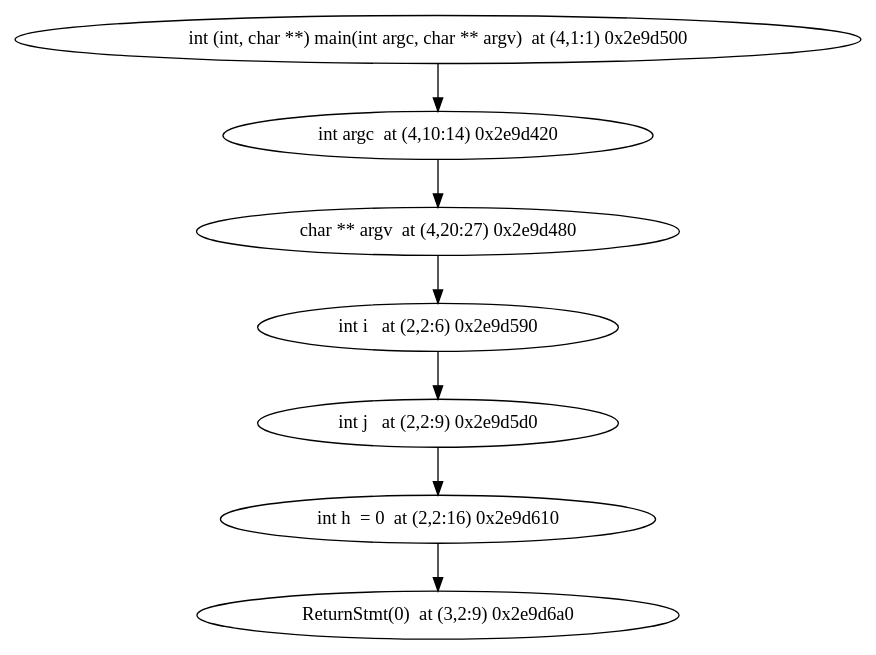
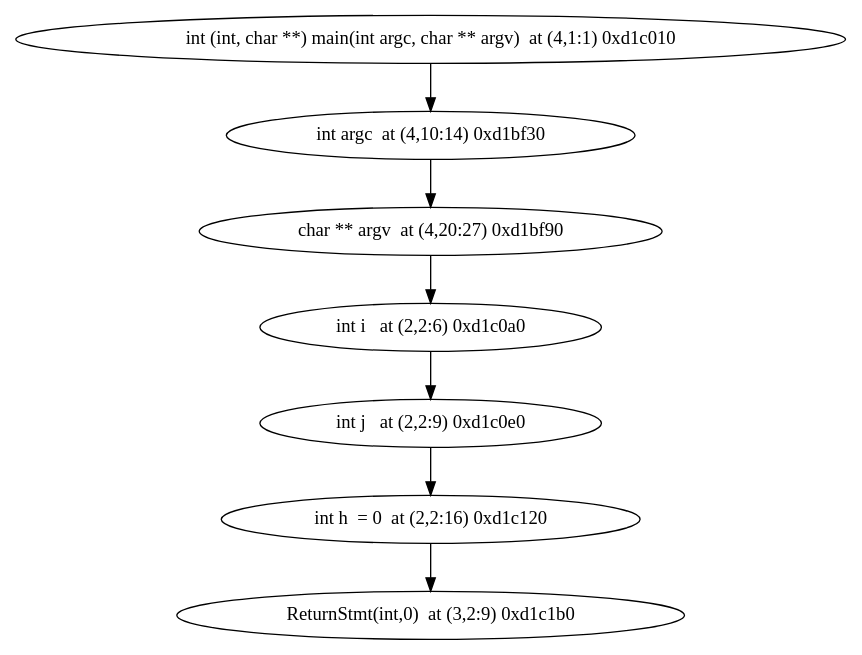
Before and after one commit to jxw1102/Projet-merou: the diagram in ModelChecker/unitary_tests/ast/various/test.dot, drawn with Graphviz. The commit also changed 27 other files, not shown here.

```diff
--- a/ModelChecker/unitary_tests/ast/various/test.dot
+++ b/ModelChecker/unitary_tests/ast/various/test.dot
@@ -1,9 +1,9 @@
 digraph {
-"int (int, char **) main(int argc, char ** argv)  at (4,1:1) 0x2e9d500" -> "int argc  at (4,10:14) 0x2e9d420"
-"int argc  at (4,10:14) 0x2e9d420" -> "char ** argv  at (4,20:27) 0x2e9d480"
-"char ** argv  at (4,20:27) 0x2e9d480" -> "int i   at (2,2:6) 0x2e9d590"
-"int i   at (2,2:6) 0x2e9d590" -> "int j   at (2,2:9) 0x2e9d5d0"
-"int j   at (2,2:9) 0x2e9d5d0" -> "int h  = 0  at (2,2:16) 0x2e9d610"
-"int h  = 0  at (2,2:16) 0x2e9d610" -> "ReturnStmt(0)  at (3,2:9) 0x2e9d6a0"
-"ReturnStmt(0)  at (3,2:9) 0x2e9d6a0"
+"int (int, char **) main(int argc, char ** argv)  at (4,1:1) 0xd1c010" -> "int argc  at (4,10:14) 0xd1bf30"
+"int argc  at (4,10:14) 0xd1bf30" -> "char ** argv  at (4,20:27) 0xd1bf90"
+"char ** argv  at (4,20:27) 0xd1bf90" -> "int i   at (2,2:6) 0xd1c0a0"
+"int i   at (2,2:6) 0xd1c0a0" -> "int j   at (2,2:9) 0xd1c0e0"
+"int j   at (2,2:9) 0xd1c0e0" -> "int h  = 0  at (2,2:16) 0xd1c120"
+"int h  = 0  at (2,2:16) 0xd1c120" -> "ReturnStmt(int,0)  at (3,2:9) 0xd1c1b0"
+"ReturnStmt(int,0)  at (3,2:9) 0xd1c1b0"
 }
```
